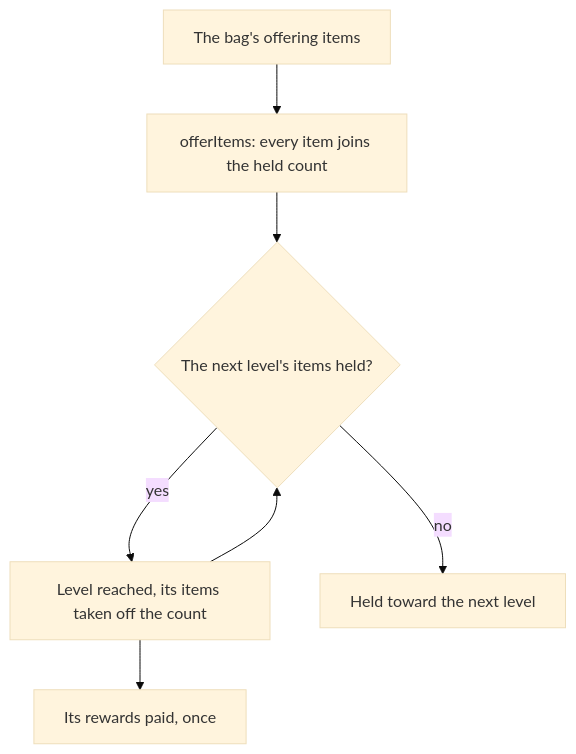
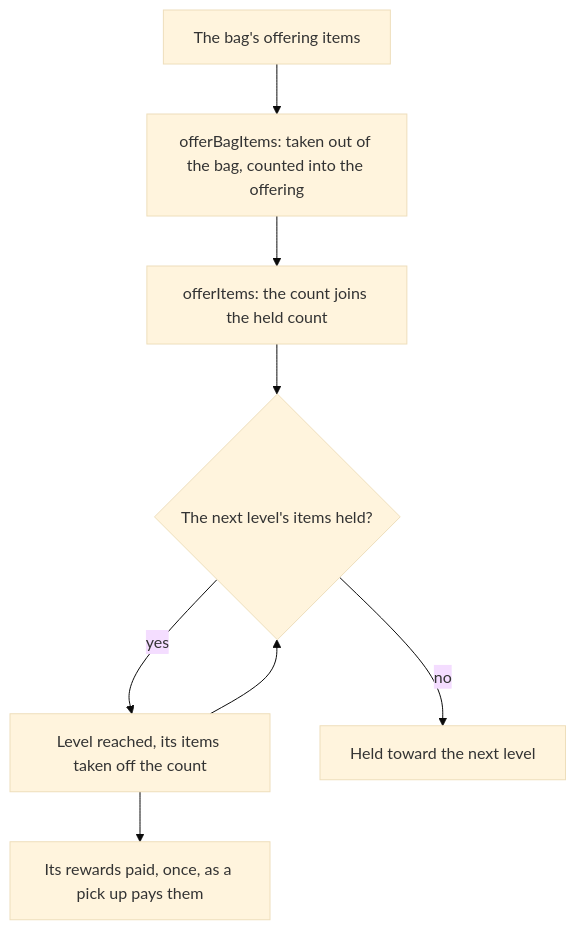
Before and after one commit to Esposter/Esposter: the diagram in apps/web/content/docs/genshin/offering-systems.md, drawn with Mermaid (base theme). The commit also changed other lines of this file and 8 other files, not shown here.

First line of the commit message:
feat(genshin-world): the bag's offering items are taken out and offered at once, paying each reached level's rewards in, and the Frostbearing Tree's place in Mondstadt is written from the official map

````diff
--- a/apps/web/content/docs/genshin/offering-systems.md
+++ b/apps/web/content/docs/genshin/offering-systems.md
@@ -12,9 +12,10 @@
 ```mermaid
 flowchart TD
-  ITEMS["The bag's offering items"] --> OFFER["offerItems: every item joins the held count"]
+  BAG["The bag's offering items"] --> TAKE["offerBagItems: taken out of the bag, counted into the offering"]
+  TAKE --> OFFER["offerItems: the count joins the held count"]
   OFFER --> NEXT{"The next level's items held?"}
   NEXT -->|"yes"| LEVEL["Level reached, its items taken off the count"]
-  LEVEL --> REWARD["Its rewards paid, once"]
+  LEVEL --> REWARD["Its rewards paid, once, as a pick up pays them"]
   LEVEL --> NEXT
   NEXT -->|"no"| HELD["Held toward the next level"]
 ```
````
